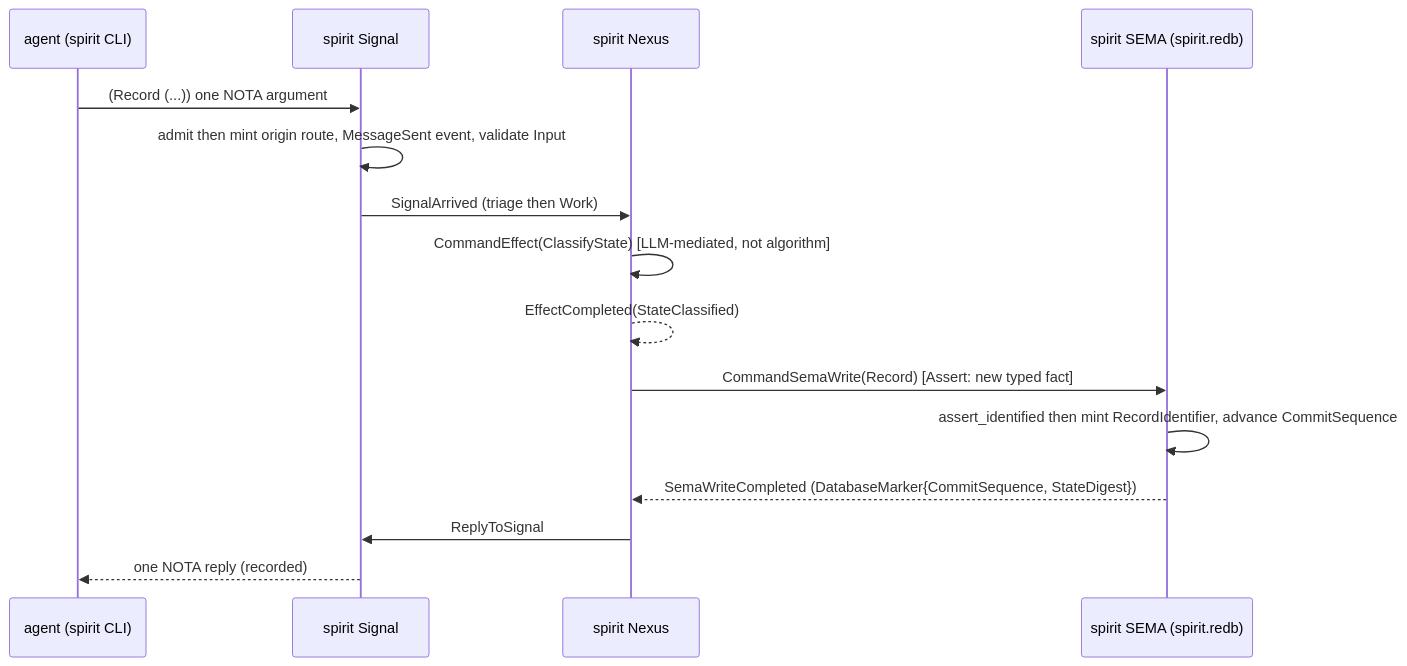
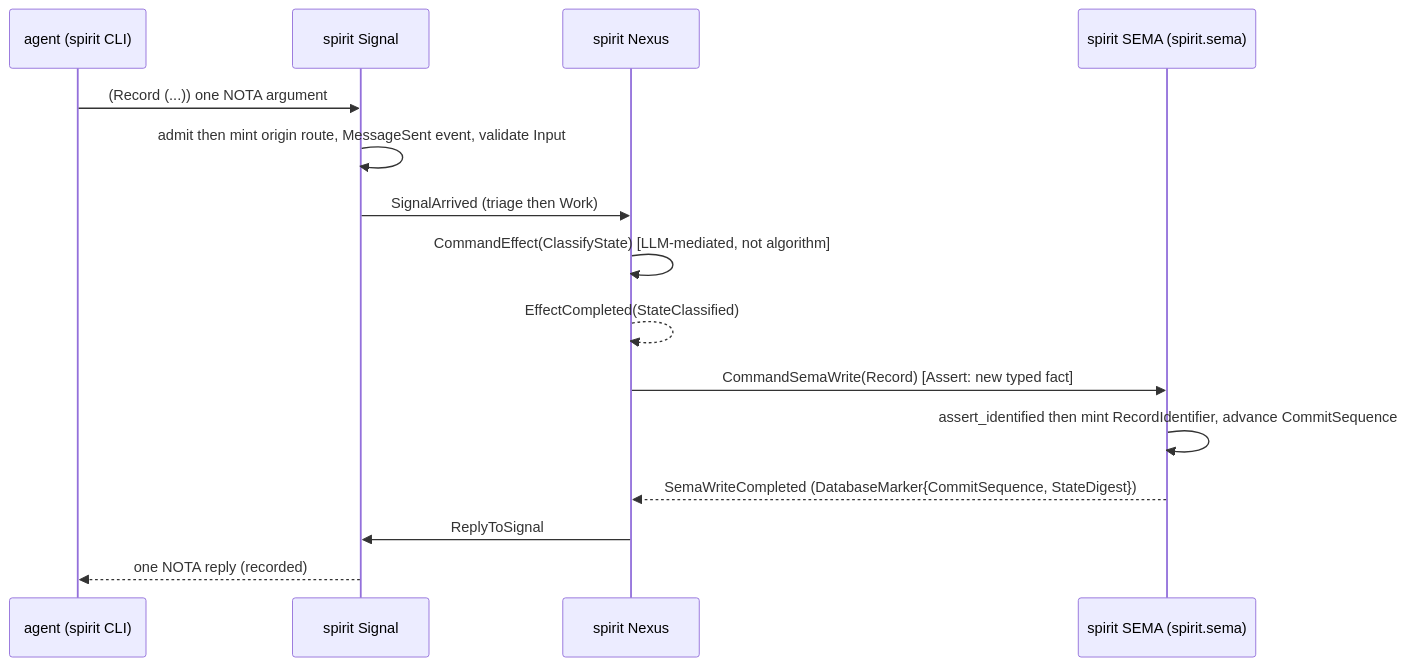
Before and after one commit to LiGoldragon/primary: the sixth of 8 diagrams in reports/designer/548-persona-meta-engine-vision.md, drawn with Mermaid. The commit also changed other lines of this file and 1 other file, not shown here.

````diff
--- a/reports/designer/548-persona-meta-engine-vision.md
+++ b/reports/designer/548-persona-meta-engine-vision.md
@@ -275,17 +275,17 @@
 ```mermaid
 sequenceDiagram
   participant Agent as agent (spirit CLI)
   participant SIG as spirit Signal
   participant NEX as spirit Nexus
-  participant SEMA as spirit SEMA (spirit.redb)
+  participant SEMA as spirit SEMA (spirit.sema)
   Agent->>SIG: (Record (...)) one NOTA argument
   SIG->>SIG: admit then mint origin route, MessageSent event, validate Input
   SIG->>NEX: SignalArrived (triage then Work)
   NEX->>NEX: CommandEffect(ClassifyState) [LLM-mediated, not algorithm]
   NEX-->>NEX: EffectCompleted(StateClassified)
   NEX->>SEMA: CommandSemaWrite(Record) [Assert: new typed fact]
   SEMA->>SEMA: assert_identified then mint RecordIdentifier, advance CommitSequence
   SEMA-->>NEX: SemaWriteCompleted (DatabaseMarker{CommitSequence, StateDigest})
   NEX->>SIG: ReplyToSignal
   SIG-->>Agent: one NOTA reply (recorded)
 ```
````
